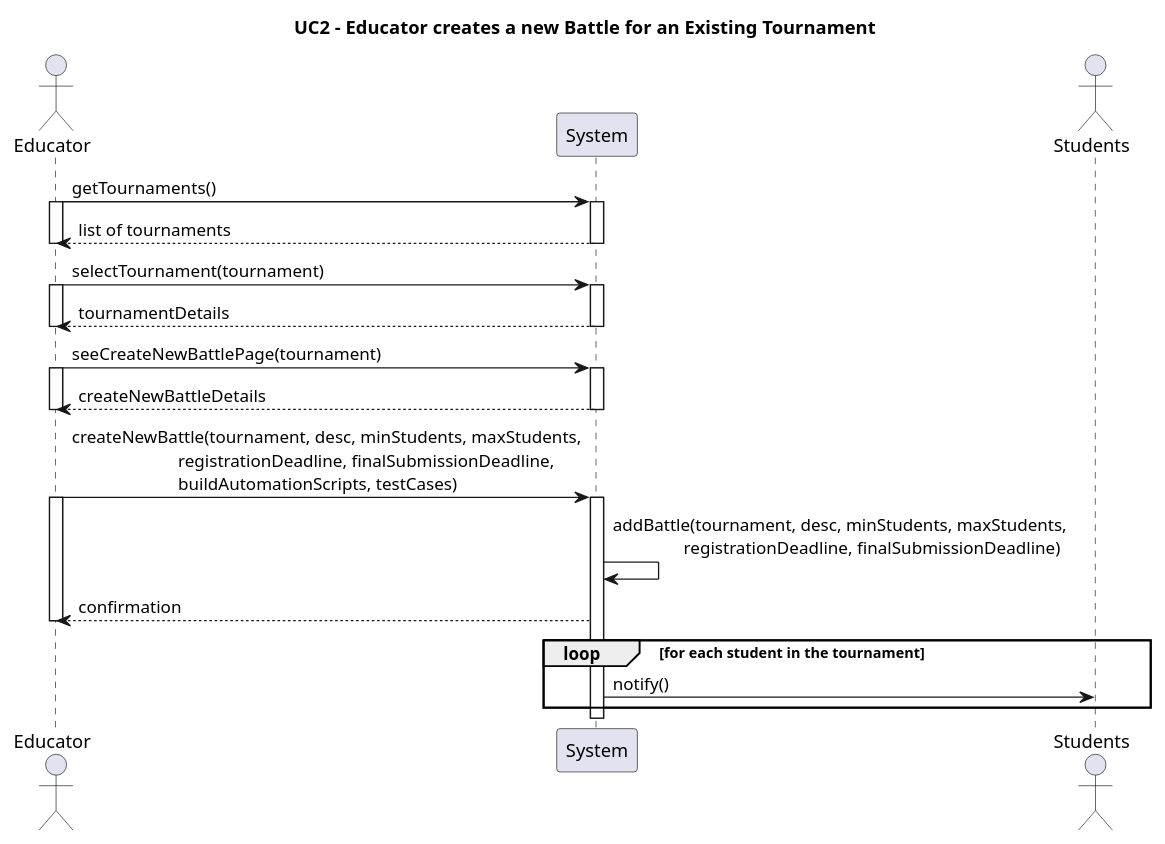
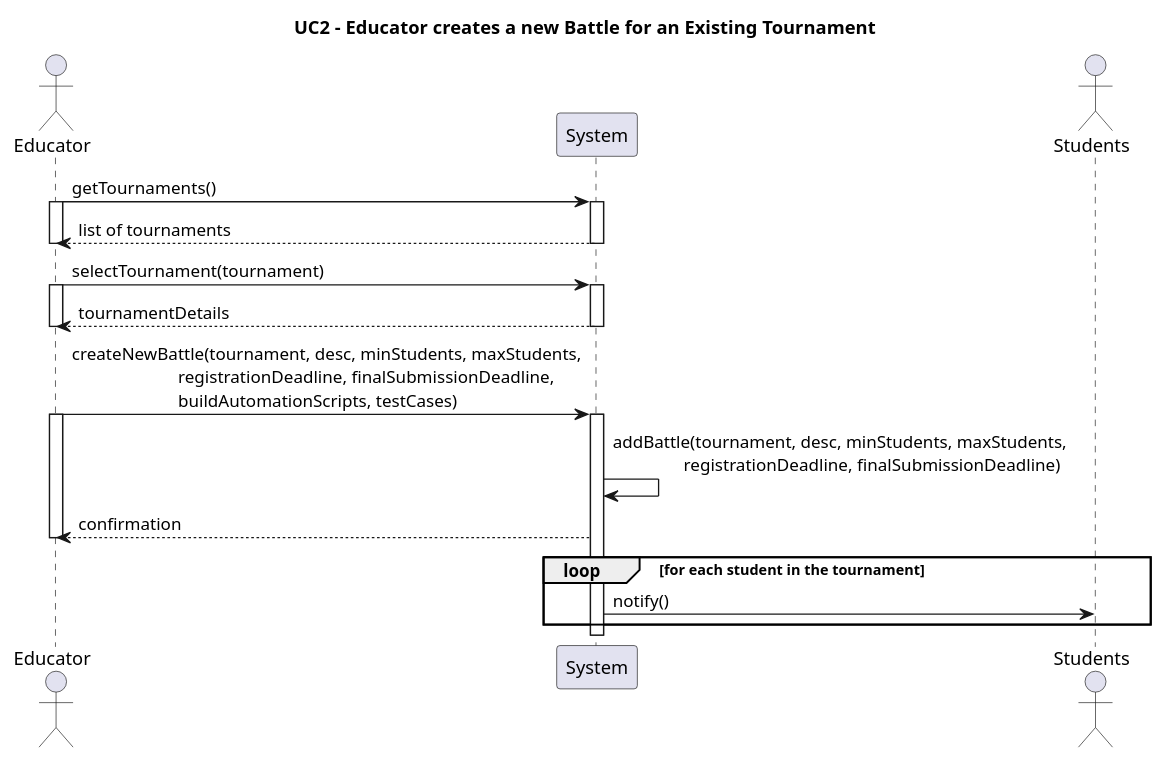
The diagram in rasd/puml/UC2.puml (Furrrlo/CodeKataBattle), drawn with PlantUML before and after one commit. The commit also changed 7 other files, not shown here.

Commit message:
Fixed Entry and Flow for each Use Case wrt specs

```diff
--- a/rasd/puml/UC2.puml
+++ b/rasd/puml/UC2.puml
@@ -1,44 +1,39 @@
 @startuml UC2
 title UC2 - Educator creates a new Battle for an Existing Tournament    
 
 actor Educator
 
 participant System
 actor Students
 
 Educator -> System ++: getTournaments()
 activate Educator
 System --> Educator--: list of tournaments
 deactivate Educator
 
 Educator -> System ++: selectTournament(tournament)
 activate Educator
 System --> Educator--: tournamentDetails
-deactivate Educator
-
-Educator -> System ++: seeCreateNewBattlePage(tournament)
-activate Educator
-System --> Educator--: createNewBattleDetails
 deactivate Educator
 
 Educator -> System ++: createNewBattle(tournament, desc, minStudents, maxStudents,\n\t\t\tregistrationDeadline, finalSubmissionDeadline,\n\t\t\tbuildAutomationScripts, testCases)
 activate Educator
 
 System -> System: addBattle(tournament, desc, minStudents, maxStudents,\n\t\tregistrationDeadline, finalSubmissionDeadline)
 
 System --> Educator: confirmation
 deactivate Educator
 
 loop for each student in the tournament
     System -> Students : notify()
 
 end
 
 
 
 
 
 
 
 
 @enduml
```
